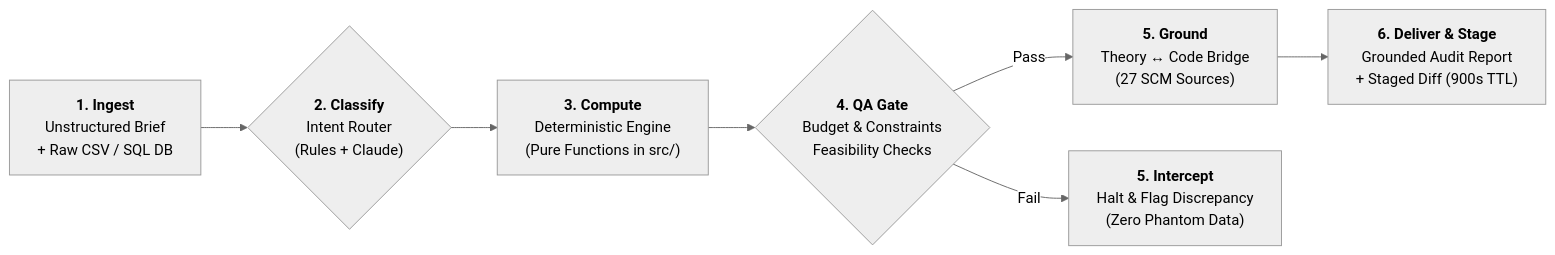
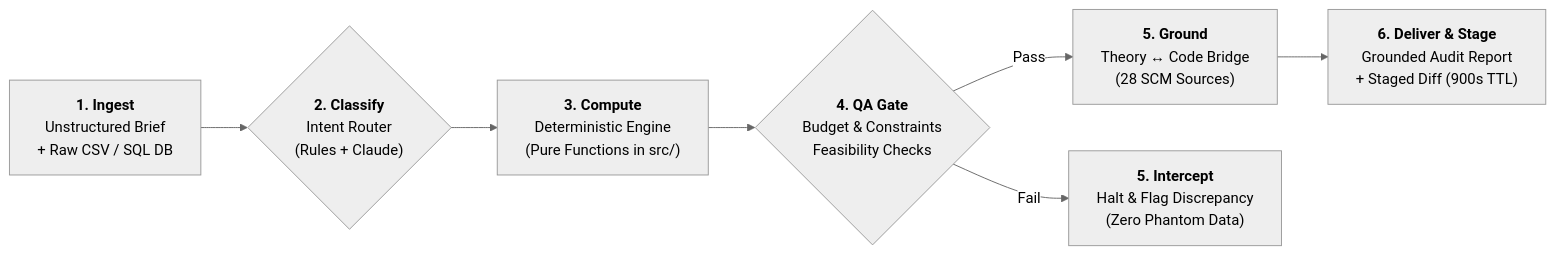
The first of 2 diagrams in README.md (esstipi-debug/kern), drawn with Mermaid (neutral theme) before and after one commit. The commit also changed other lines of this file and 11 other files, not shown here.

````diff
--- a/README.md
+++ b/README.md
@@ -37,9 +37,9 @@
 ```mermaid
 flowchart LR
     A["<b>1. Ingest</b><br/>Unstructured Brief<br/>+ Raw CSV / SQL DB"] --> B{"<b>2. Classify</b><br/>Intent Router<br/>(Rules + Claude)"}
     B --> C["<b>3. Compute</b><br/>Deterministic Engine<br/>(Pure Functions in src/)"]
     C --> D{"<b>4. QA Gate</b><br/>Budget & Constraints<br/>Feasibility Checks"}
-    D -->|Pass| E["<b>5. Ground</b><br/>Theory ↔ Code Bridge<br/>(27 SCM Sources)"]
+    D -->|Pass| E["<b>5. Ground</b><br/>Theory ↔ Code Bridge<br/>(28 SCM Sources)"]
     D -->|Fail| F["<b>5. Intercept</b><br/>Halt & Flag Discrepancy<br/>(Zero Phantom Data)"]
     E --> G["<b>6. Deliver & Stage</b><br/>Grounded Audit Report<br/>+ Staged Diff (900s TTL)"]
 ```
````
